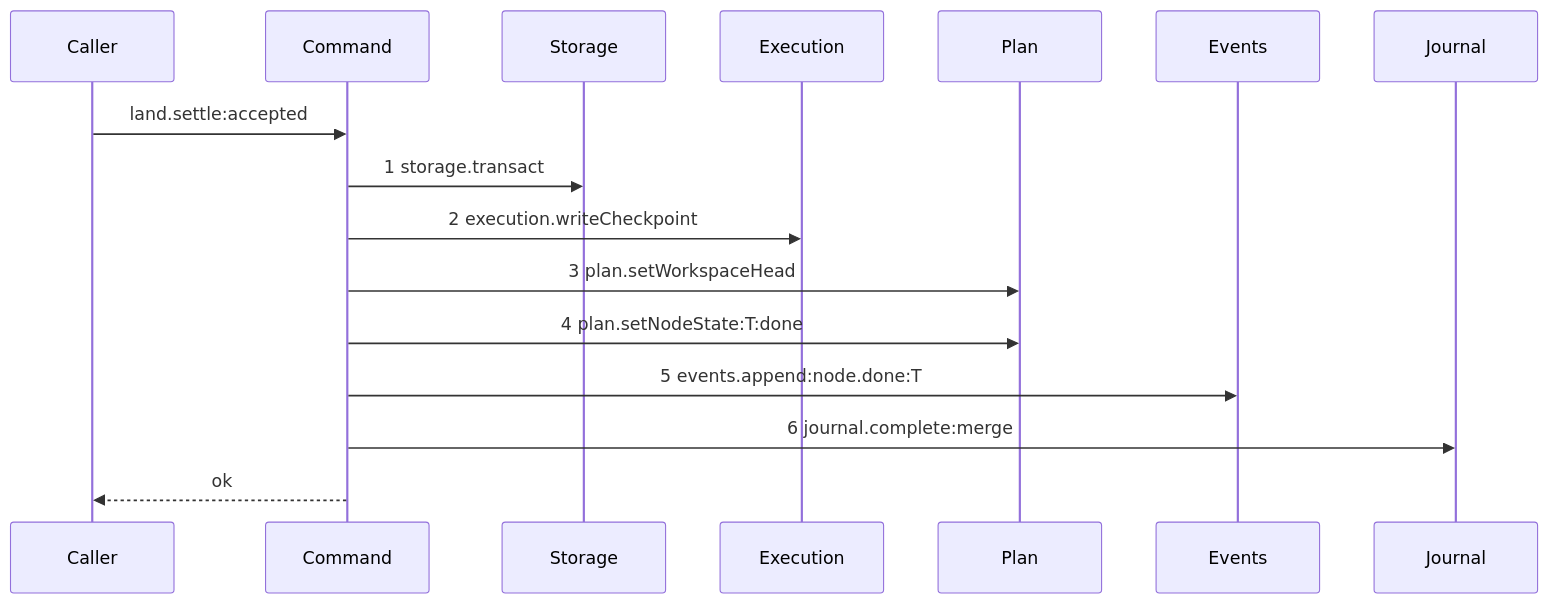
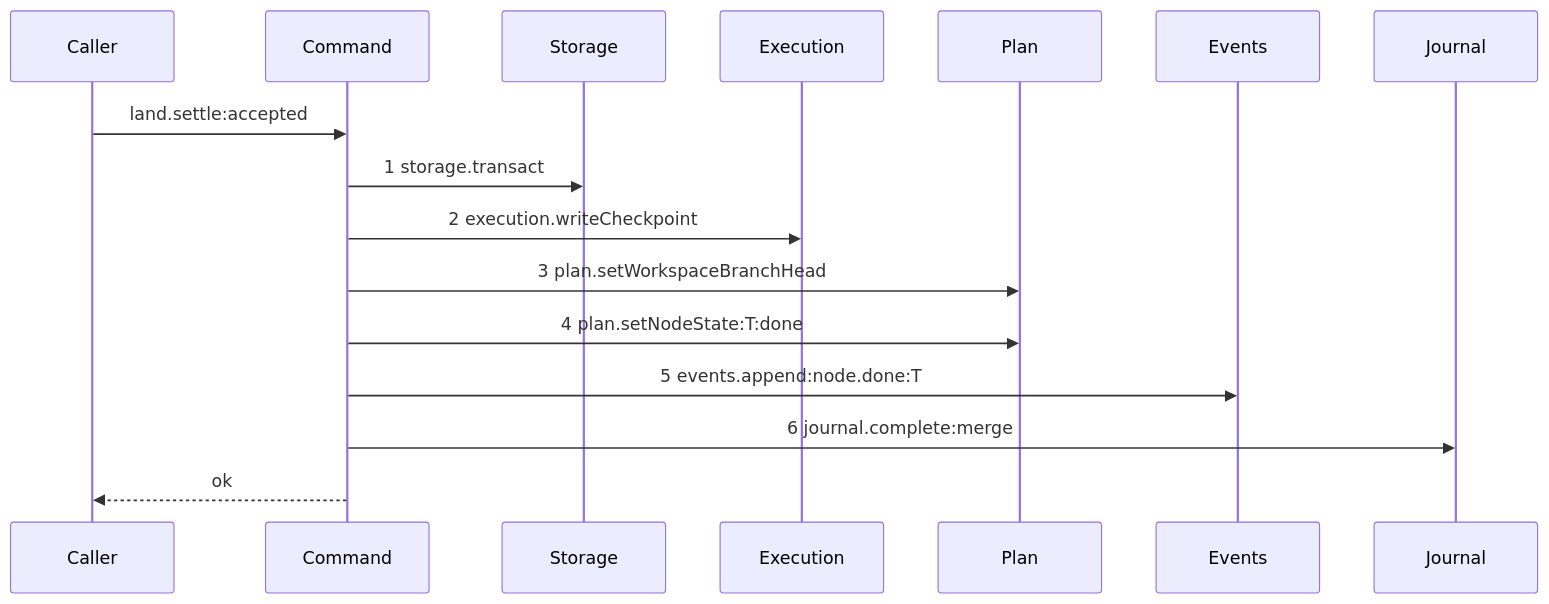
Before and after one commit to kanthorlabs/kanthord-engine: diagram 17 of 22 in .agents/plan/epics/051-the-execution-checkpoint.md, drawn with Mermaid. The commit also changed other lines of this file, not shown here.

First line of the commit message:
fix(plan): re-validate EPIC 051 against the source of truth

````diff
--- a/.agents/plan/epics/051-the-execution-checkpoint.md
+++ b/.agents/plan/epics/051-the-execution-checkpoint.md
@@ -562,18 +618,18 @@
 ```mermaid
 sequenceDiagram
     participant Caller
     participant Command
     participant Storage
     participant Execution
     participant Plan
     participant Events
     participant Journal
     Caller->>Command: land.settle:accepted
     Command->>Storage: 1 storage.transact
     Command->>Execution: 2 execution.writeCheckpoint
-    Command->>Plan: 3 plan.setWorkspaceHead
+    Command->>Plan: 3 plan.setWorkspaceBranchHead
     Command->>Plan: 4 plan.setNodeState:T:done
     Command->>Events: 5 events.append:node.done:T
     Command->>Journal: 6 journal.complete:merge
     Command-->>Caller: ok
 ```
````
